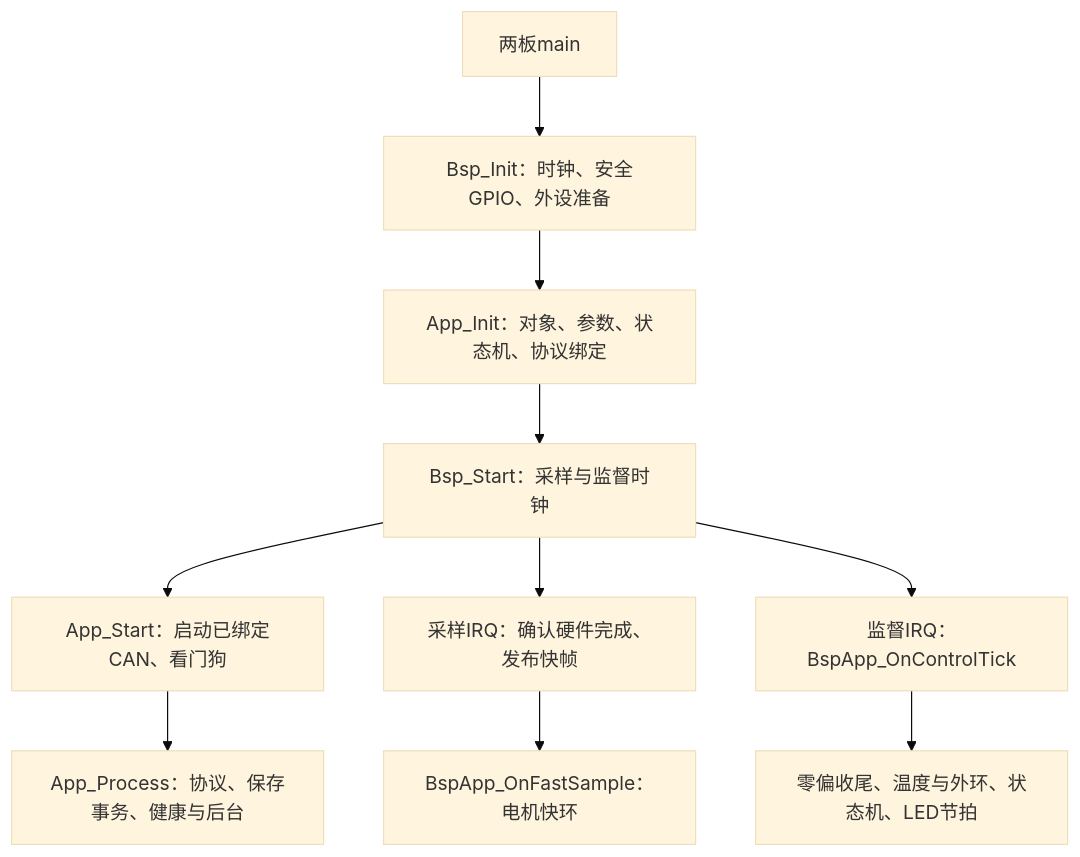
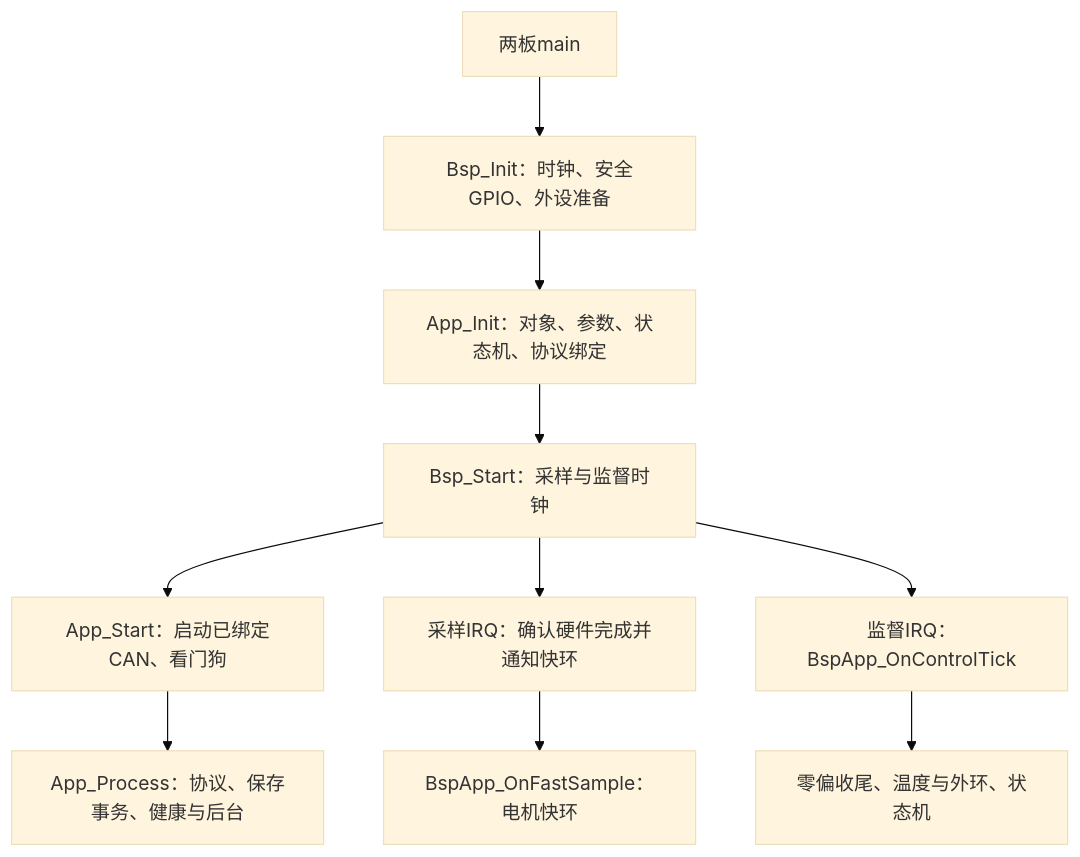
One commit to haoyang877/Vector_Mini_ST_Firmware changed the diagram in docs/architecture/bsp_architecture_v1.md. Above: the diagram before and after it, drawn with Mermaid (base theme). The commit also changed other lines of this file and 226 other files, not shown here.

````diff
--- a/docs/architecture/bsp_architecture_v1.md
+++ b/docs/architecture/bsp_architecture_v1.md
@@ -130,12 +112,12 @@
 ```mermaid
 flowchart TD
     Main[两板main] --> BI[Bsp_Init：时钟、安全GPIO、外设准备]
     BI --> AI[App_Init：对象、参数、状态机、协议绑定]
     AI --> BS[Bsp_Start：采样与监督时钟]
     BS --> AS[App_Start：启动已绑定CAN、看门狗]
     AS --> BG[App_Process：协议、保存事务、健康与后台]
-    BS --> IRQ[采样IRQ：确认硬件完成、发布快帧]
+    BS --> IRQ[采样IRQ：确认硬件完成并通知快环]
     IRQ --> FT[BspApp_OnFastSample：电机快环]
     BS --> ST[监督IRQ：BspApp_OnControlTick]
-    ST --> Slow[零偏收尾、温度与外环、状态机、LED节拍]
+    ST --> Slow[零偏收尾、温度与外环、状态机]
 ```
````
